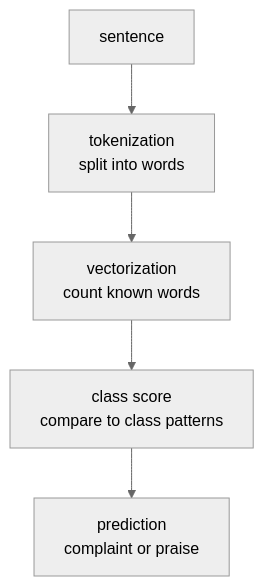
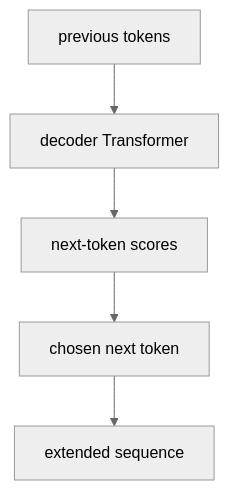
One commit to devchan64/AiBook changed the first of 2 diagrams in docs/parts/part-06/chapter-04/section-01.md. Above: the diagram before and after it, drawn with Mermaid (neutral theme). The commit also changed other lines of this file and 213 other files, not shown here.

````diff
--- a/docs/parts/part-06/chapter-04/section-01.md
+++ b/docs/parts/part-06/chapter-04/section-01.md
@@ -66,10 +143,13 @@
 ```mermaid
 flowchart TD
-  A["sentence"]
-  B["tokenization<br/>split into words"]
-  C["vectorization<br/>count known words"]
-  D["class score<br/>compare to class patterns"]
-  E["prediction<br/>complaint or praise"]
+  A["previous tokens"]
+  B["decoder Transformer"]
+  C["next-token scores"]
+  D["chosen next token"]
+  E["extended sequence"]
 
-  A --> B --> C --> D --> E
+  A --> B
+  B --> C
+  C --> D
+  D --> E
 ```
````
